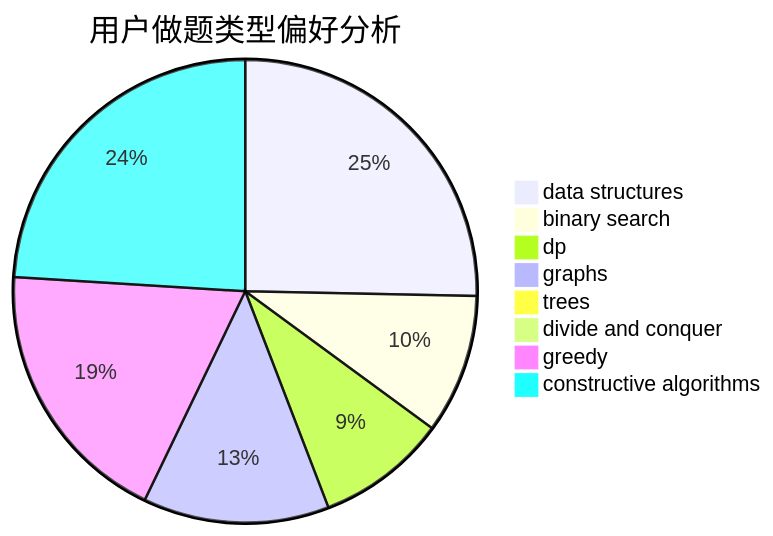
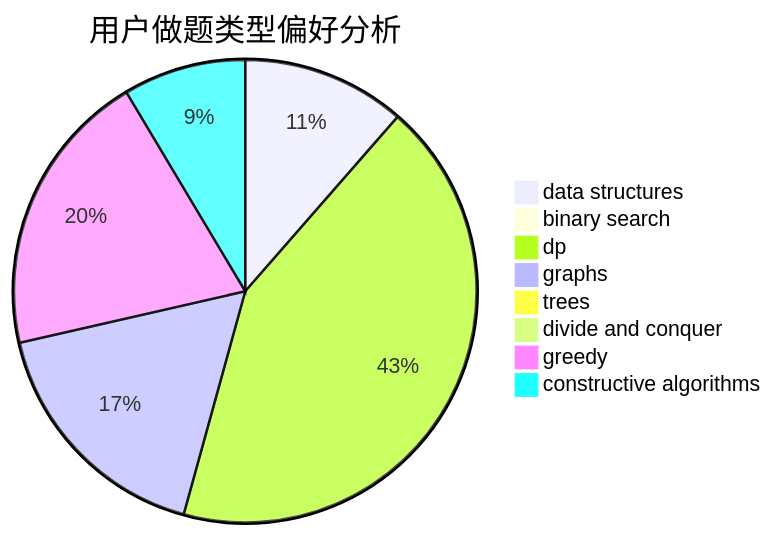
The second of 3 diagrams in docs/user/u1152.md (sherpahu/cfrs.github.io), drawn with Mermaid before and after one commit. The commit also changed other lines of this file and 2770 other files, not shown here.

````diff
--- a/docs/user/u1152.md
+++ b/docs/user/u1152.md
@@ -23,11 +23,11 @@
 ```mermaid
 pie title 用户做题类型偏好分析
-    "data structures" :  39
-    "binary search" :  15
-    "dp" :  14
-    "graphs" :  20
+    "data structures" :  4
+    "binary search" :  0
+    "dp" :  15
+    "graphs" :  6
     "trees" :  0
     "divide and conquer" :  0
-    "greedy" :  29
-    "constructive algorithms" :  37
+    "greedy" :  7
+    "constructive algorithms" :  3
 ```
````
